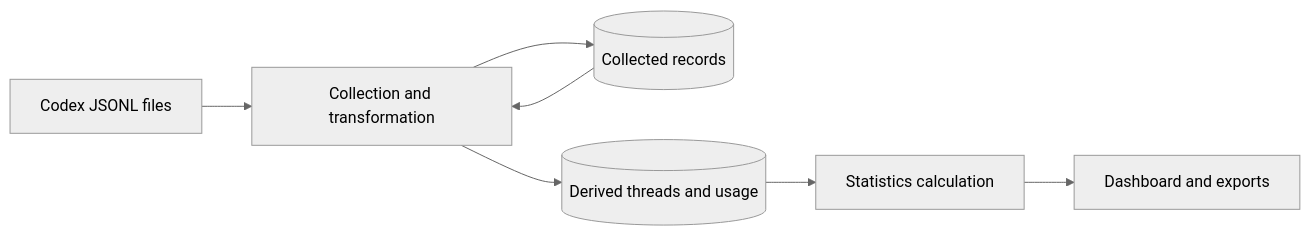
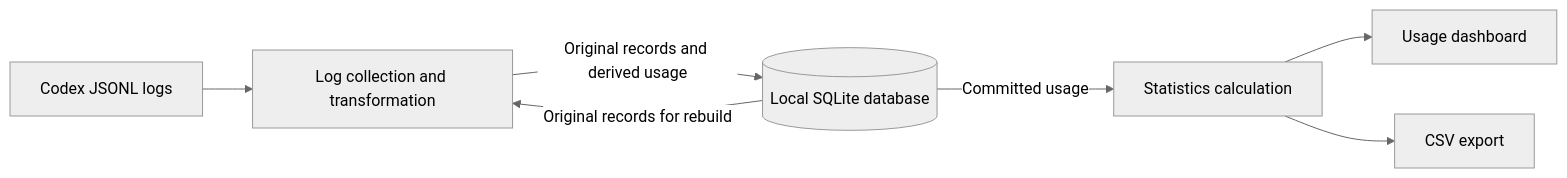
The diagram in specification/02-architecture/02-design/000-system-overview.md (xtrmstep/codex-stats-analyzer), drawn with Mermaid (neutral theme) before and after one commit. The commit also changed other lines of this file and 5 other files, not shown here.

````diff
--- a/specification/02-architecture/02-design/000-system-overview.md
+++ b/specification/02-architecture/02-design/000-system-overview.md
@@ -5,9 +5,9 @@
 ```mermaid
 flowchart LR
-    Logs[Codex JSONL files] --> Import[Collection and transformation]
-    Import --> Raw[(Collected records)]
-    Raw --> Import
-    Import --> Usage[(Derived threads and usage)]
-    Usage --> Stats[Statistics calculation]
-    Stats --> Reports[Dashboard and exports]
+    Logs[Codex JSONL logs] --> Import[Log collection and transformation]
+    Import -->|Original records and derived usage| DB[(Local SQLite database)]
+    DB -->|Original records for rebuild| Import
+    DB -->|Committed usage| Stats[Statistics calculation]
+    Stats --> Dashboard[Usage dashboard]
+    Stats --> Export[CSV export]
 ```
````
